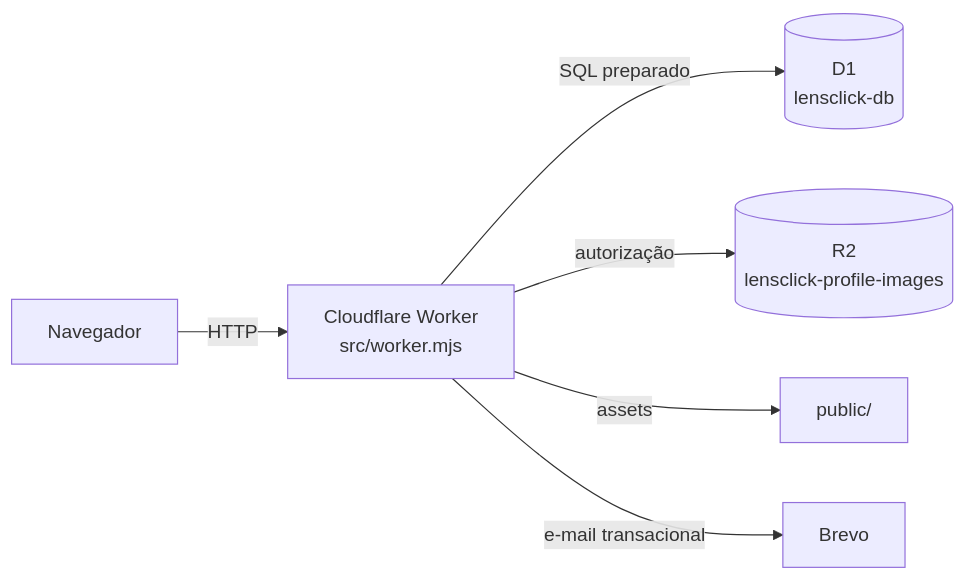
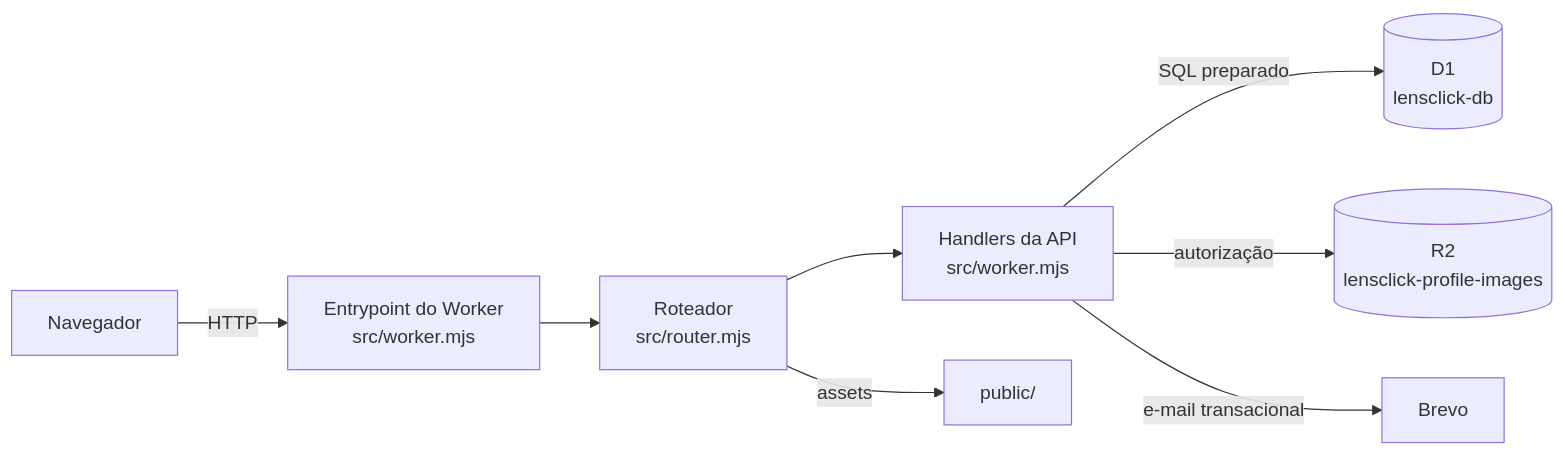
Before and after one commit to Renato1909/LensClick: the diagram in docs/AI_CONTEXT.md, drawn with Mermaid. The commit also changed other lines of this file and 9 other files, not shown here.

````diff
--- a/docs/AI_CONTEXT.md
+++ b/docs/AI_CONTEXT.md
@@ -35,8 +35,10 @@
 ```mermaid
 flowchart LR
-    B[Navegador] -->|HTTP| W[Cloudflare Worker<br/>src/worker.mjs]
-    W -->|SQL preparado| D[(D1<br/>lensclick-db)]
-    W -->|autorização| R[(R2<br/>lensclick-profile-images)]
-    W -->|assets| A[public/]
-    W -->|e-mail transacional| E[Brevo]
+    B[Navegador] -->|HTTP| W[Entrypoint do Worker<br/>src/worker.mjs]
+    W --> RT[Roteador<br/>src/router.mjs]
+    RT --> H[Handlers da API<br/>src/worker.mjs]
+    H -->|SQL preparado| D[(D1<br/>lensclick-db)]
+    H -->|autorização| R[(R2<br/>lensclick-profile-images)]
+    RT -->|assets| A[public/]
+    H -->|e-mail transacional| E[Brevo]
 ```
````
